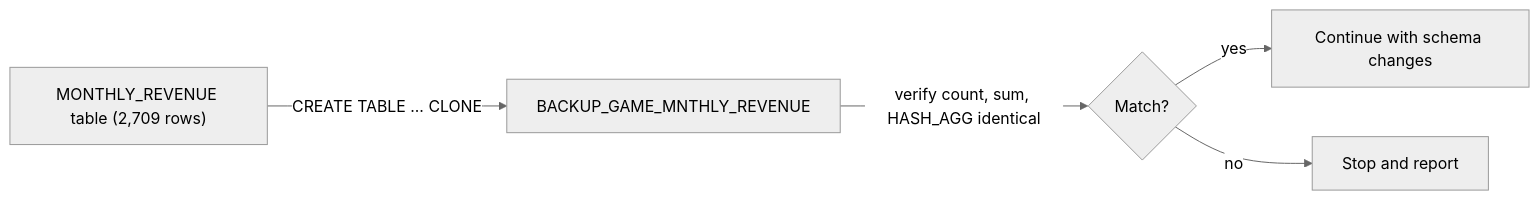
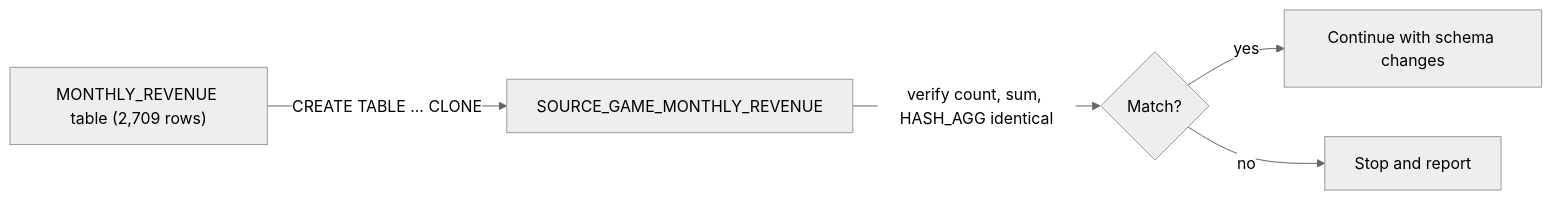
The second of 4 diagrams in .snowflake/cortex/plans/game-sales-commerce-domain-expansion.plan.md (sfc-gh-jwestra/ontology-games), drawn with Mermaid (neutral theme) before and after one commit. The commit also changed other lines of this file and 259 other files, not shown here.

First line of the commit message:
Restructure demo: Parquet install, per-schema semantic views, graded batch eval, three-tab compare UI

````diff
--- a/.snowflake/cortex/plans/game-sales-commerce-domain-expansion.plan.md
+++ b/.snowflake/cortex/plans/game-sales-commerce-domain-expansion.plan.md
@@ -44,7 +43,7 @@
 ```mermaid
 flowchart LR
-    MR_T["MONTHLY_REVENUE table (2,709 rows)"] -->|"CREATE TABLE ... CLONE"| BK["BACKUP_GAME_MNTHLY_REVENUE"]
+    MR_T["MONTHLY_REVENUE table (2,709 rows)"] -->|"CREATE TABLE ... CLONE"| BK["SOURCE_GAME_MONTHLY_REVENUE"]
     BK -->|"verify count, sum, HASH_AGG identical"| OK{Match?}
     OK -->|yes| Next[Continue with schema changes]
     OK -->|no| Stop[Stop and report]
 ```
````
